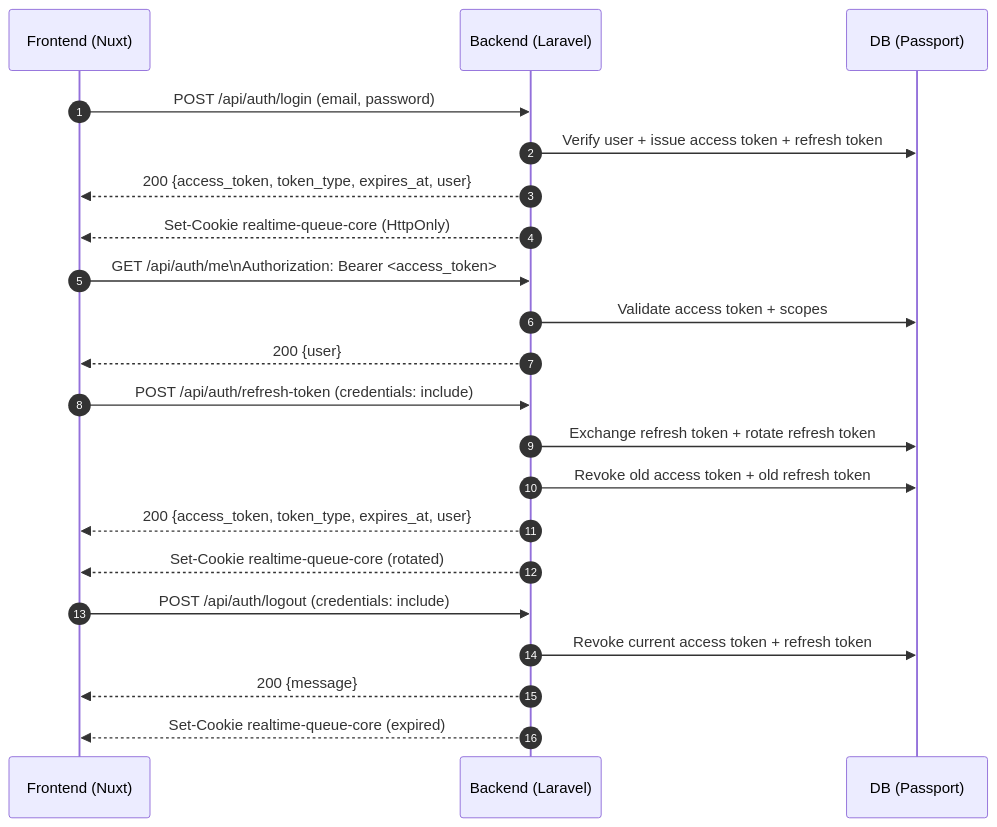
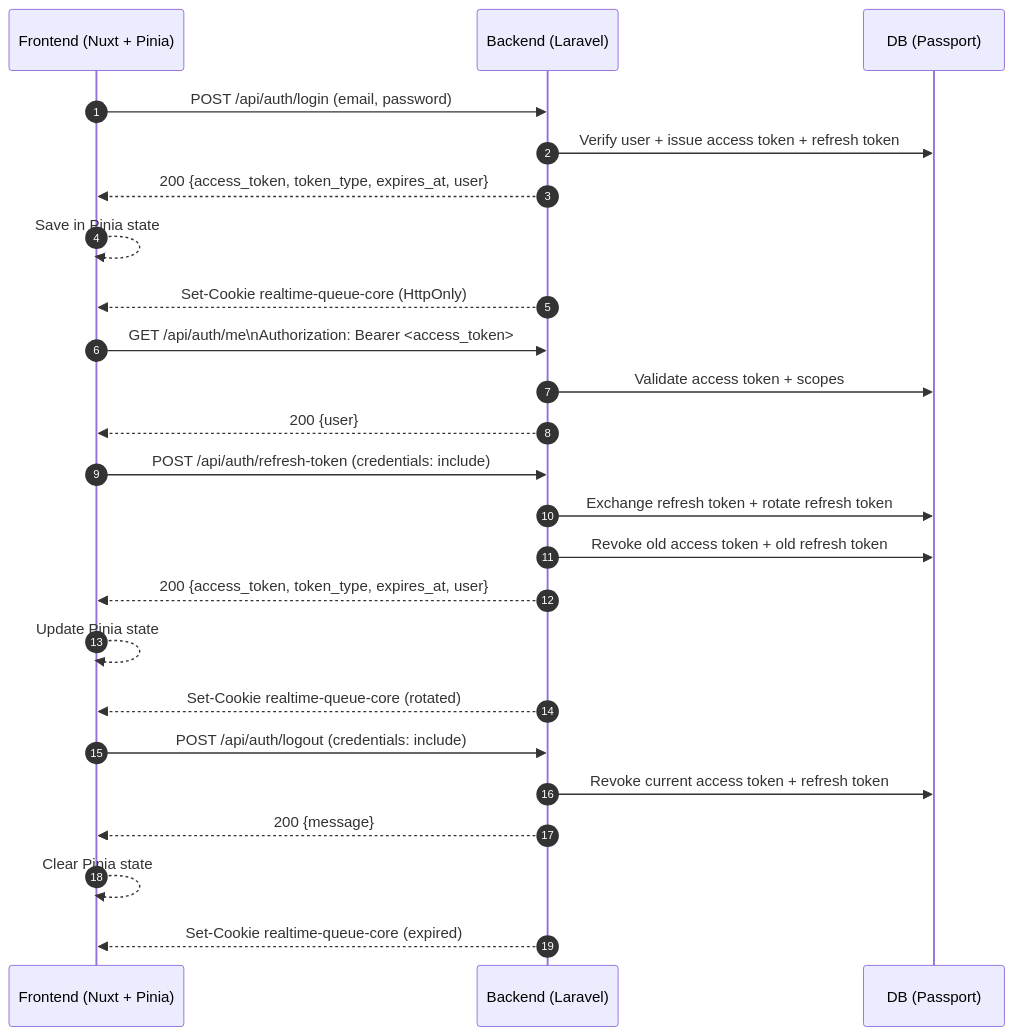
One commit to KhanhNguyenVimaru/realtime-queue-core changed the diagram in AUTH_REFRESH_TOKEN_SETUP.md. Above: the diagram before and after it, drawn with Mermaid. The commit also changed other lines of this file and 11 other files, not shown here.

````diff
--- a/AUTH_REFRESH_TOKEN_SETUP.md
+++ b/AUTH_REFRESH_TOKEN_SETUP.md
@@ -14,27 +14,30 @@
 ```mermaid
 sequenceDiagram
     autonumber
-    participant FE as Frontend (Nuxt)
+    participant FE as Frontend (Nuxt + Pinia)
     participant BE as Backend (Laravel)
     participant DB as DB (Passport)
 
     FE->>BE: POST /api/auth/login (email, password)
     BE->>DB: Verify user + issue access token + refresh token
     BE-->>FE: 200 {access_token, token_type, expires_at, user}
+    FE-->>FE: Save in Pinia state
     BE-->>FE: Set-Cookie realtime-queue-core (HttpOnly)
 
     FE->>BE: GET /api/auth/me\nAuthorization: Bearer <access_token>
     BE->>DB: Validate access token + scopes
     BE-->>FE: 200 {user}
 
     FE->>BE: POST /api/auth/refresh-token (credentials: include)
     BE->>DB: Exchange refresh token + rotate refresh token
     BE->>DB: Revoke old access token + old refresh token
     BE-->>FE: 200 {access_token, token_type, expires_at, user}
+    FE-->>FE: Update Pinia state
     BE-->>FE: Set-Cookie realtime-queue-core (rotated)
 
     FE->>BE: POST /api/auth/logout (credentials: include)
     BE->>DB: Revoke current access token + refresh token
     BE-->>FE: 200 {message}
+    FE-->>FE: Clear Pinia state
     BE-->>FE: Set-Cookie realtime-queue-core (expired)
 ```
````
